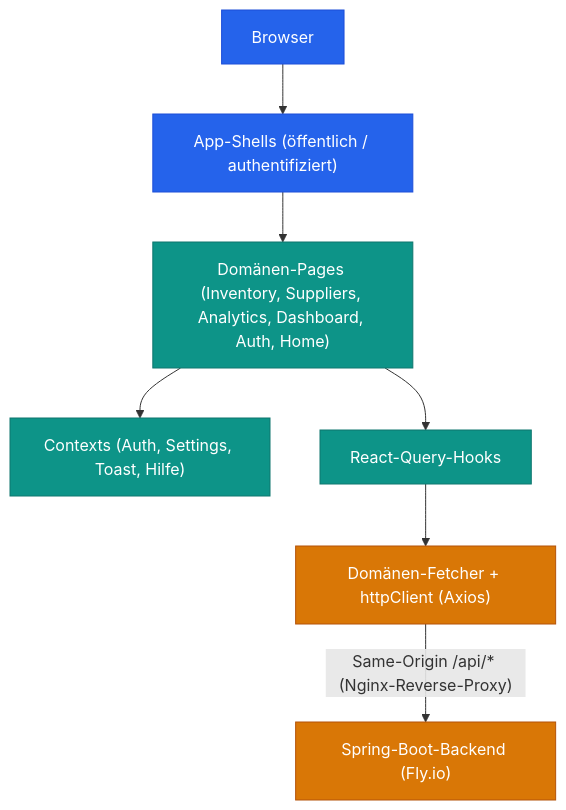
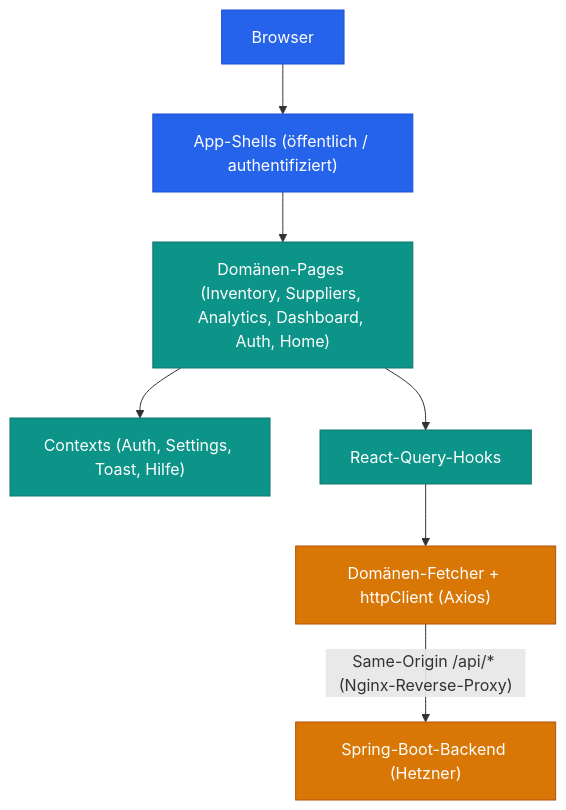
The diagram in docs/frontend/architecture/overview-de.md (Keglev/inventory-service), drawn with Mermaid before and after one commit. The commit also changed other lines of this file and 19 other files, not shown here.

First line of the commit message:
docs(arc42): describe the Hetzner deployment across the architecture docs (#30)

````diff
--- a/docs/frontend/architecture/overview-de.md
+++ b/docs/frontend/architecture/overview-de.md
@@ -43,21 +43,21 @@
 ```mermaid
 flowchart TB
   User["Browser"]:::controller
   Shell["App-Shells (öffentlich / authentifiziert)"]:::controller
   Pages["Domänen-Pages (Inventory, Suppliers, Analytics, Dashboard, Auth, Home)"]:::service
   State["Contexts (Auth, Settings, Toast, Hilfe)"]:::service
   Query["React-Query-Hooks"]:::service
   API["Domänen-Fetcher + httpClient (Axios)"]:::repository
-  Backend["Spring-Boot-Backend (Fly.io)"]:::repository
+  Backend["Spring-Boot-Backend (Hetzner)"]:::repository
 
   User --> Shell
   Shell --> Pages
   Pages --> State
   Pages --> Query
   Query --> API
   API -->|"Same-Origin /api/* (Nginx-Reverse-Proxy)"| Backend
 
   classDef controller fill:#2563eb,color:#fff,stroke:#1d4ed8;
   classDef service    fill:#0d9488,color:#fff,stroke:#0f766e;
   classDef repository fill:#d97706,color:#fff,stroke:#b45309;
 ```
````
